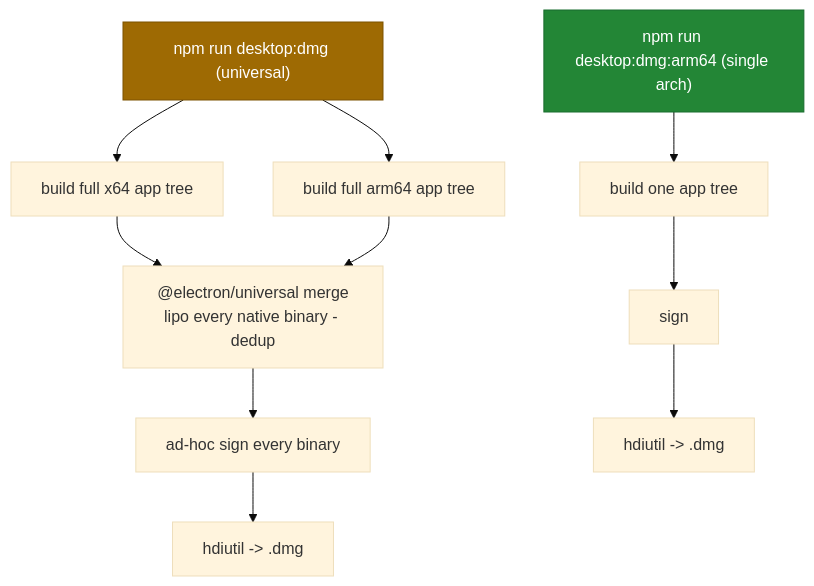
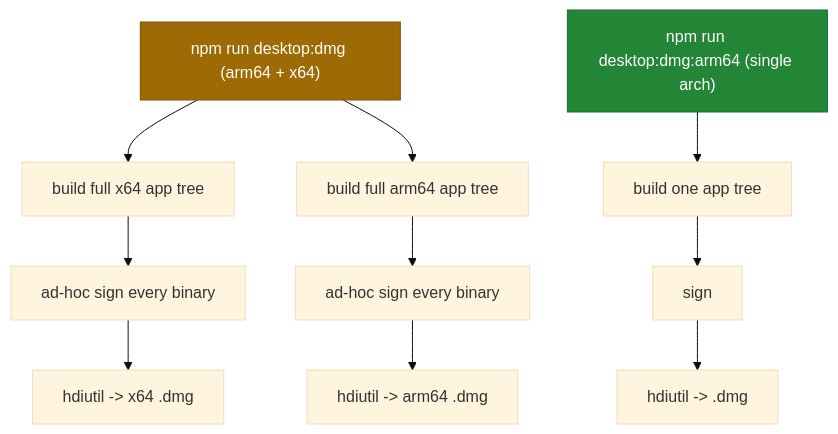
Diagram 17 of 25 in README-VN.md (hoangsonww/Claude-Code-Agent-Monitor), drawn with Mermaid (base theme) before and after one commit. The commit also changed other lines of this file and 11 other files, not shown here.

````diff
--- a/README-VN.md
+++ b/README-VN.md
@@ -1500,16 +1500,16 @@
 ```mermaid
 flowchart TD
-    u["npm run desktop:dmg (universal)"] --> b1["build full x64 app tree"]
+    u["npm run desktop:dmg (arm64 + x64)"] --> b1["build full x64 app tree"]
     u --> b2["build full arm64 app tree"]
-    b1 --> merge["@electron/universal merge<br/>lipo every native binary - dedup"]
-    b2 --> merge
-    merge --> sign["ad-hoc sign every binary"]
-    sign --> dmgstep["hdiutil -> .dmg"]
+    b1 --> sign1["ad-hoc sign every binary"]
+    sign1 --> dmg1["hdiutil -> x64 .dmg"]
+    b2 --> sign2["ad-hoc sign every binary"]
+    sign2 --> dmg2["hdiutil -> arm64 .dmg"]
 
     a["npm run desktop:dmg:arm64 (single arch)"] --> sb["build one app tree"]
     sb --> ssign["sign"]
     ssign --> sdmg["hdiutil -> .dmg"]
 
     style u fill:#9e6a03,stroke:#7d5300,color:#fff
     style a fill:#238636,stroke:#196c2e,color:#fff
 ```
````
